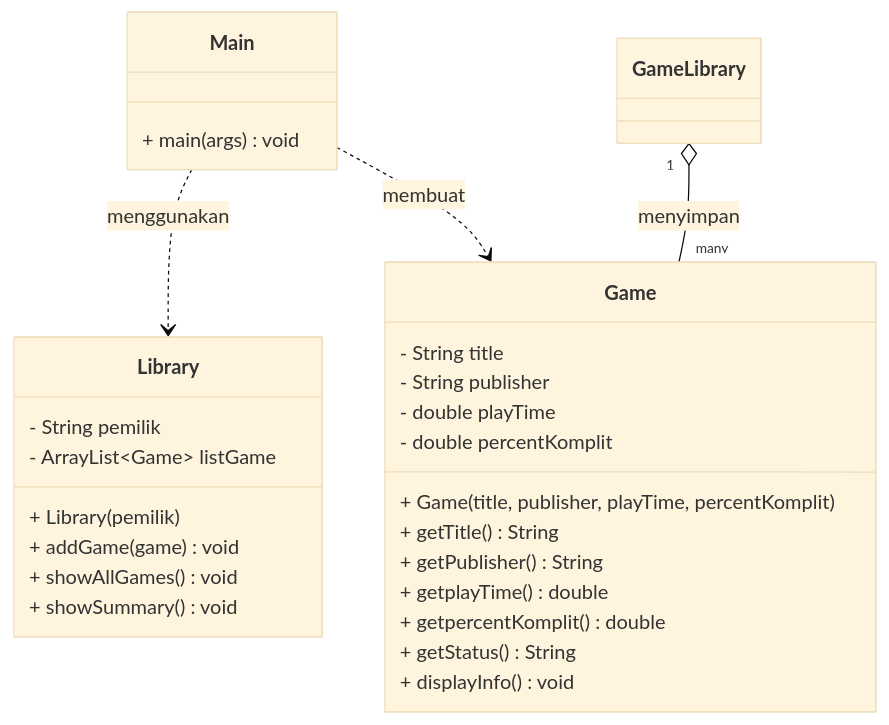
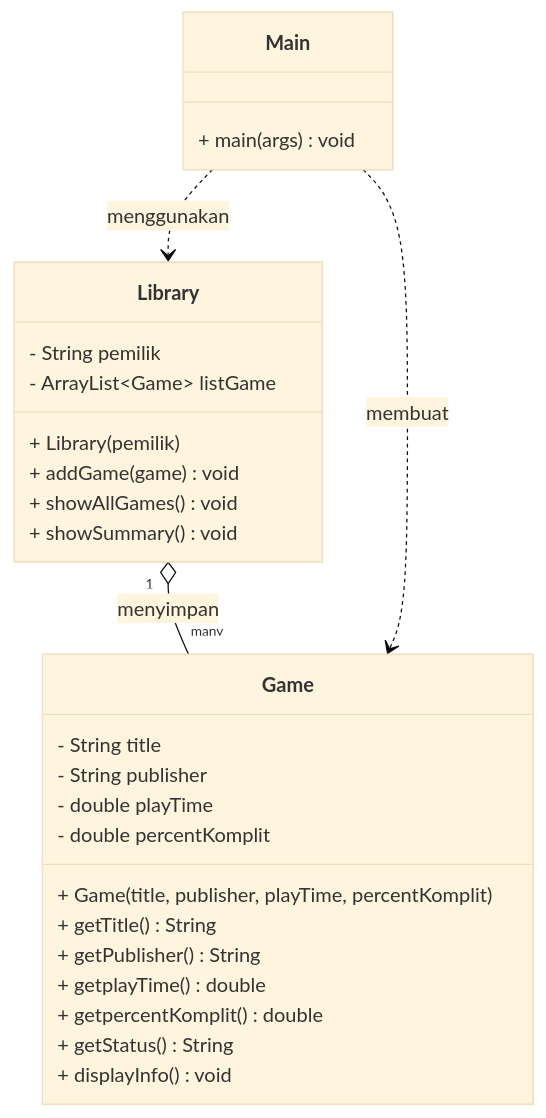
The diagram in README.md (Arul-droid/StrukdatOOP-2-2026-IT-117), drawn with Mermaid (base theme) before and after one commit.

````diff
--- a/README.md
+++ b/README.md
@@ -11,33 +11,33 @@
 ```mermaid
 classDiagram
     class Game {
         - String title
         - String publisher
         - double playTime
         - double percentKomplit
         + Game(title, publisher, playTime, percentKomplit)
         + getTitle() String
         + getPublisher() String
         + getplayTime() double
         + getpercentKomplit() double
         + getStatus() String
         + displayInfo() void
     }
 
     class Library {
         - String pemilik
         - ArrayList~Game~ listGame
         + Library(pemilik)
         + addGame(game) void
         + showAllGames() void
         + showSummary() void
     }
 
     class Main {
         + main(args) void
     }
 
-    GameLibrary "1" o-- "many" Game : menyimpan
+    Library "1" o-- "many" Game : menyimpan
     Main ..> Library : menggunakan
     Main ..> Game : membuat
 ```
````
